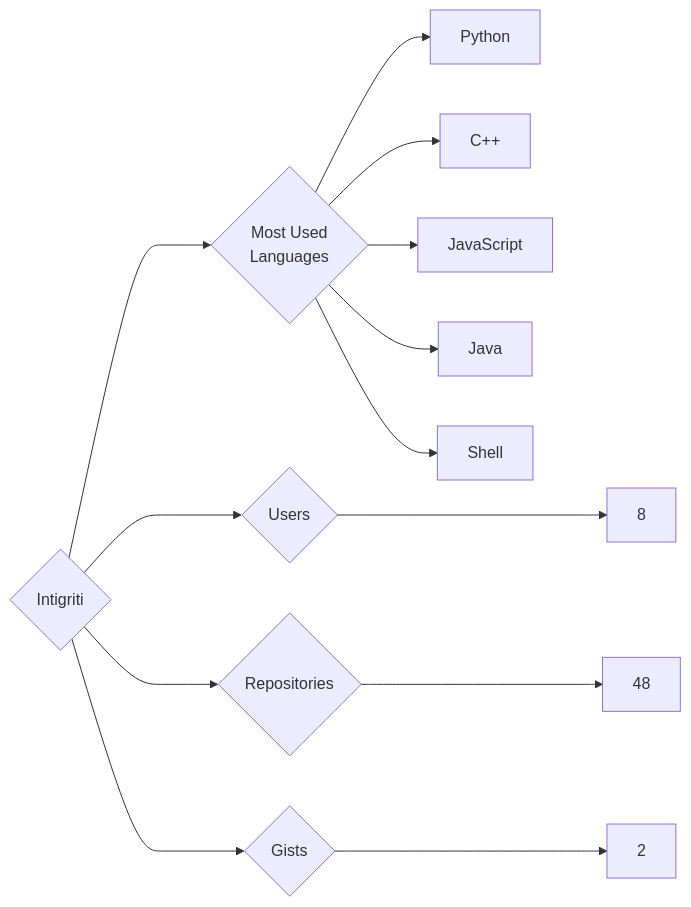
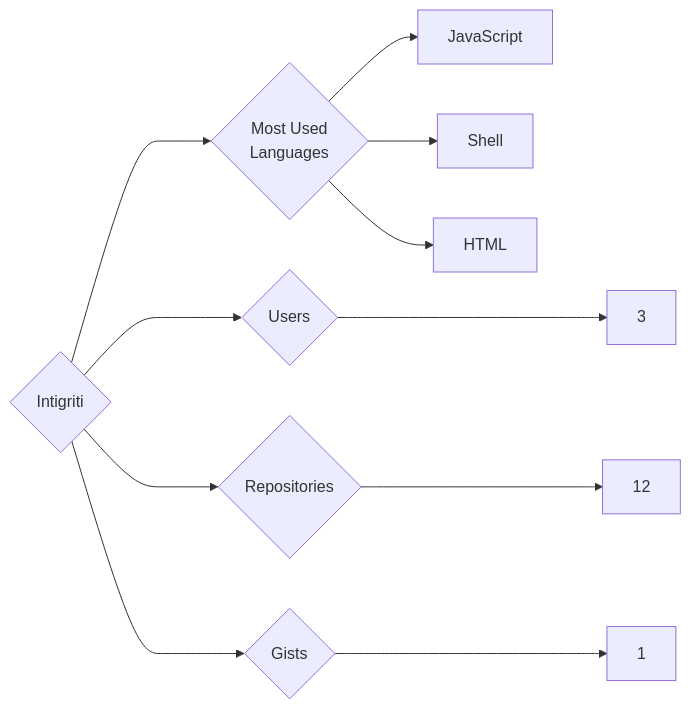
Before and after one commit to trickest/insiders: the diagram in targets/Intigriti/README.md, drawn with Mermaid. The commit also changed 681 other files, not shown here.

````diff
--- a/targets/Intigriti/README.md
+++ b/targets/Intigriti/README.md
@@ -3,13 +3,11 @@
 ```mermaid
 graph LR
 COMPANY_NAME{Intigriti}
-COMPANY_NAME ---> U{Users} ---> UN[8]
-COMPANY_NAME ---> R{Repositories} ---> RN[48]
-COMPANY_NAME ---> G{Gists} ---> GN[2]
+COMPANY_NAME ---> U{Users} ---> UN[3]
+COMPANY_NAME ---> R{Repositories} ---> RN[12]
+COMPANY_NAME ---> G{Gists} ---> GN[1]
 COMPANY_NAME ---> ML{Most Used<br>Languages}
-ML --> Python[Python]
-ML --> C++[C++]
 ML --> JavaScript[JavaScript]
-ML --> Java[Java]
 ML --> Shell[Shell]
+ML --> HTML[HTML]
 ```
````
